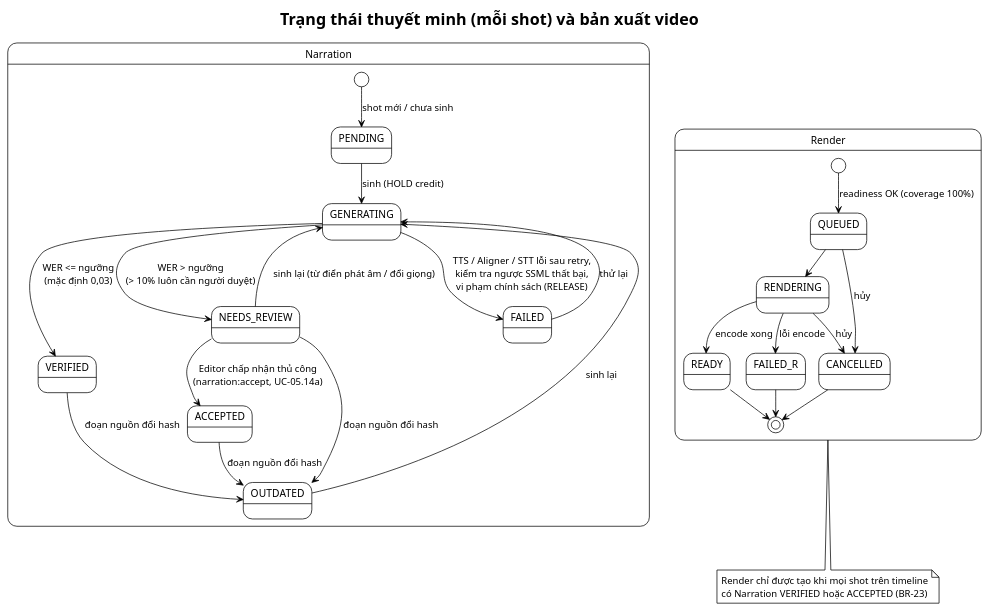
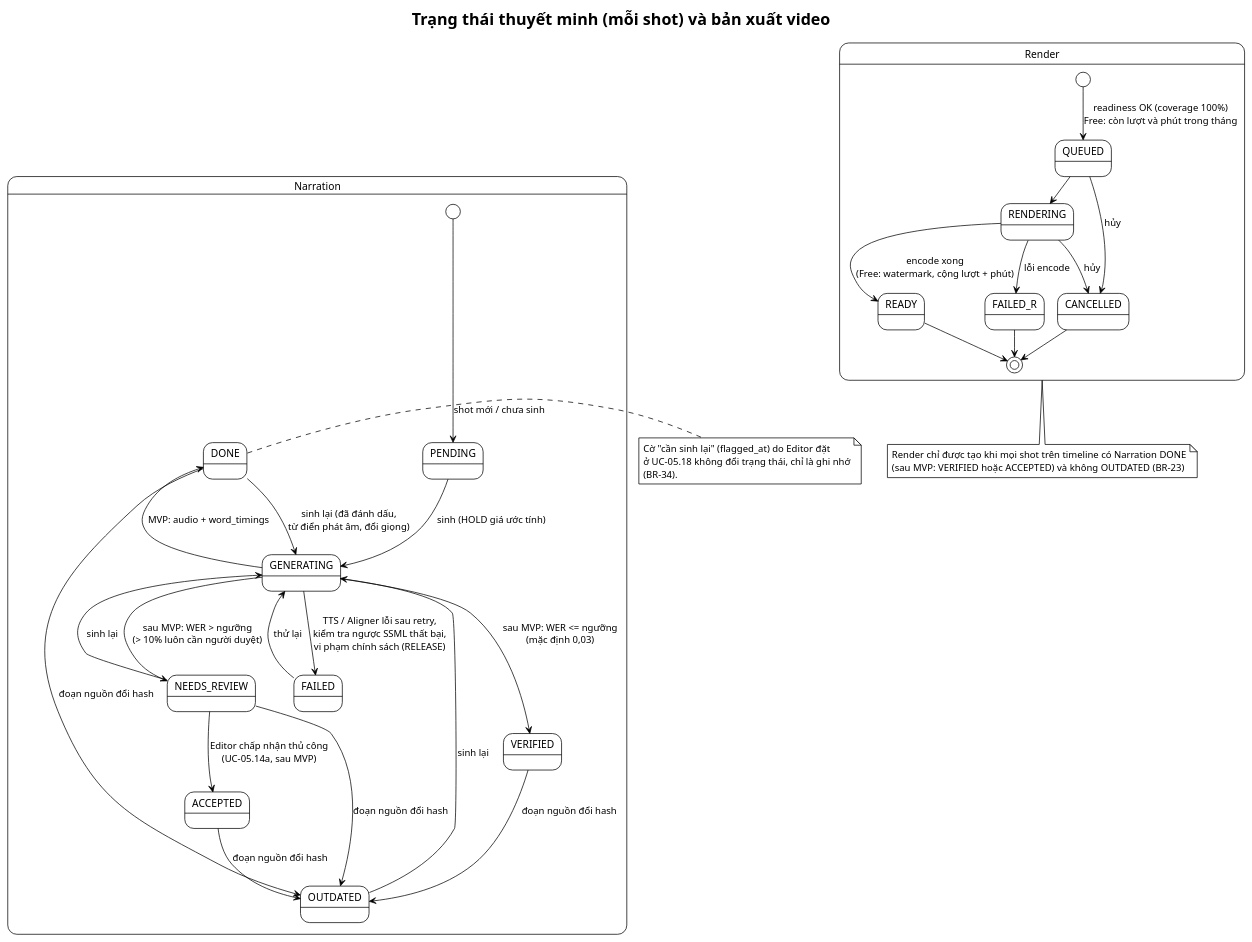
The diagram in demo-c2story/so-do/06-trang-thai/state-narration-render.puml (202416852-anhpv/story2video-docs), drawn with PlantUML before and after one commit. The commit also changed 100 other files, not shown here.

```diff
--- a/demo-c2story/so-do/06-trang-thai/state-narration-render.puml
+++ b/demo-c2story/so-do/06-trang-thai/state-narration-render.puml
@@ -1,36 +1,44 @@
 @startuml State_NarrationRender
 !theme plain
 skinparam defaultFontName "Segoe UI"
 title Trạng thái thuyết minh (mỗi shot) và bản xuất video
 
 state Narration {
     [*] --> PENDING : shot mới / chưa sinh
-    PENDING --> GENERATING : sinh (HOLD credit)
-    GENERATING --> VERIFIED : WER <= ngưỡng\n(mặc định 0,03)
-    GENERATING --> NEEDS_REVIEW : WER > ngưỡng\n(> 10% luôn cần người duyệt)
-    GENERATING --> FAILED : TTS / Aligner / STT lỗi sau retry,\nkiểm tra ngược SSML thất bại,\nvi phạm chính sách (RELEASE)
-    NEEDS_REVIEW --> GENERATING : sinh lại (từ điển phát âm / đổi giọng)
-    NEEDS_REVIEW --> ACCEPTED : Editor chấp nhận thủ công\n(narration:accept, UC-05.14a)
+    PENDING --> GENERATING : sinh (HOLD giá ước tính)
+    GENERATING --> DONE : MVP: audio + word_timings
+    GENERATING --> VERIFIED : sau MVP: WER <= ngưỡng\n(mặc định 0,03)
+    GENERATING --> NEEDS_REVIEW : sau MVP: WER > ngưỡng\n(> 10% luôn cần người duyệt)
+    GENERATING --> FAILED : TTS / Aligner lỗi sau retry,\nkiểm tra ngược SSML thất bại,\nvi phạm chính sách (RELEASE)
+    DONE --> GENERATING : sinh lại (đã đánh dấu,\ntừ điển phát âm, đổi giọng)
+    NEEDS_REVIEW --> GENERATING : sinh lại
+    NEEDS_REVIEW --> ACCEPTED : Editor chấp nhận thủ công\n(UC-05.14a, sau MVP)
     FAILED --> GENERATING : thử lại
+    DONE --> OUTDATED : đoạn nguồn đổi hash
     VERIFIED --> OUTDATED : đoạn nguồn đổi hash
     ACCEPTED --> OUTDATED : đoạn nguồn đổi hash
     NEEDS_REVIEW --> OUTDATED : đoạn nguồn đổi hash
     OUTDATED --> GENERATING : sinh lại
 }
+note right of DONE
+  Cờ "cần sinh lại" (flagged_at) do Editor đặt
+  ở UC-05.18 không đổi trạng thái, chỉ là ghi nhớ
+  (BR-34).
+end note
 
 state Render {
-    [*] --> QUEUED : readiness OK (coverage 100%)
+    [*] --> QUEUED : readiness OK (coverage 100%)\nFree: còn lượt và phút trong tháng
     QUEUED --> RENDERING
-    RENDERING --> READY : encode xong
+    RENDERING --> READY : encode xong\n(Free: watermark, cộng lượt + phút)
     RENDERING --> FAILED_R : lỗi encode
     QUEUED --> CANCELLED : hủy
     RENDERING --> CANCELLED : hủy
     READY --> [*]
     FAILED_R --> [*]
     CANCELLED --> [*]
 }
 note bottom of Render
-  Render chỉ được tạo khi mọi shot trên timeline
-  có Narration VERIFIED hoặc ACCEPTED (BR-23)
+  Render chỉ được tạo khi mọi shot trên timeline có Narration DONE
+  (sau MVP: VERIFIED hoặc ACCEPTED) và không OUTDATED (BR-23)
 end note
 @enduml
```
